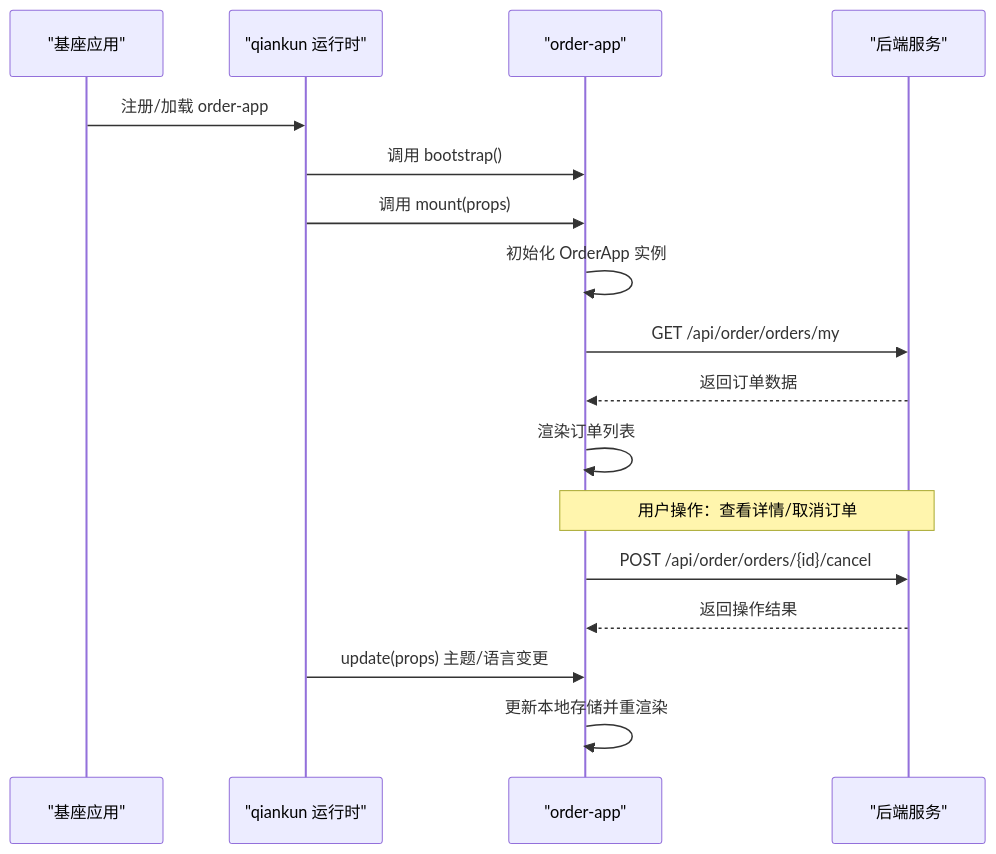
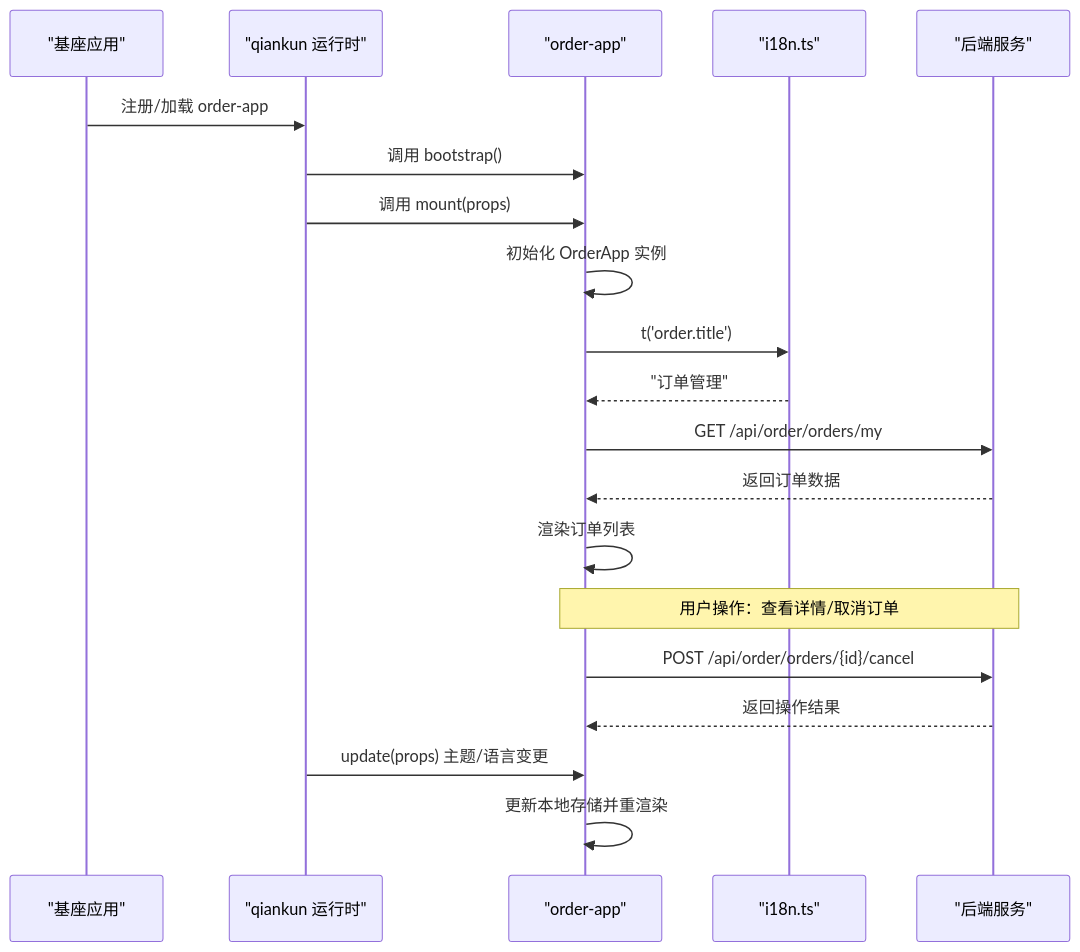
The second of 8 diagrams in .qoder/repowiki/zh/content/前端架构设计/订单子应用(order-app).md (haohailiang/qoder-fullstack), drawn with Mermaid before and after one commit. The commit also changed other lines of this file and 44 other files, not shown here.

````diff
--- a/.qoder/repowiki/zh/content/前端架构设计/订单子应用(order-app).md
+++ b/.qoder/repowiki/zh/content/前端架构设计/订单子应用(order-app).md
@@ -96,19 +108,22 @@
 ```mermaid
 sequenceDiagram
 participant Base as "基座应用"
 participant QK as "qiankun 运行时"
 participant Order as "order-app"
+participant I18n as "i18n.ts"
 participant API as "后端服务"
 Base->>QK : 注册/加载 order-app
 QK->>Order : 调用 bootstrap()
 QK->>Order : 调用 mount(props)
 Order->>Order : 初始化 OrderApp 实例
+Order->>I18n : t('order.title')
+I18n-->>Order : "订单管理"
 Order->>API : GET /api/order/orders/my
 API-->>Order : 返回订单数据
 Order->>Order : 渲染订单列表
 Note over Order,API : 用户操作：查看详情/取消订单
 Order->>API : POST /api/order/orders/{id}/cancel
 API-->>Order : 返回操作结果
 QK->>Order : update(props) 主题/语言变更
 Order->>Order : 更新本地存储并重渲染
 ```
````
